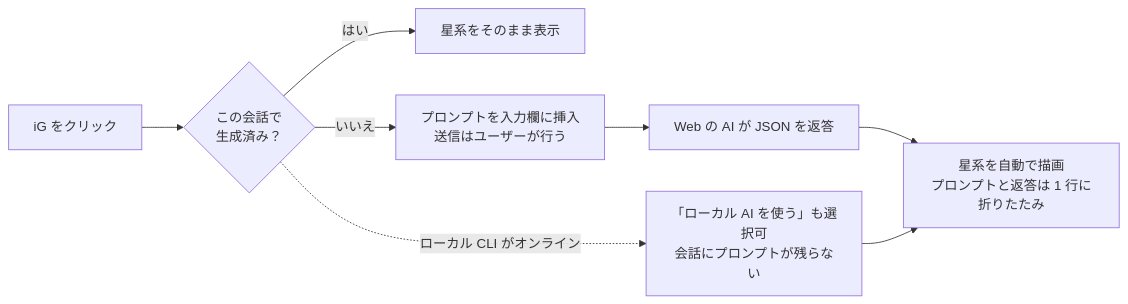
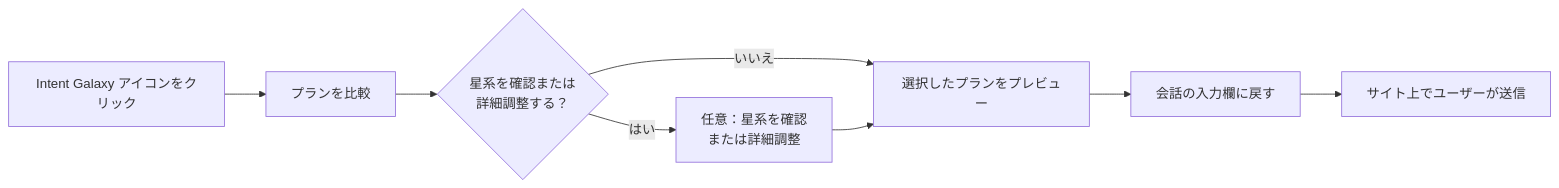
The fourth of 4 diagrams in README.ja.md (stephen-taipei/intent-galaxy), drawn with Mermaid before and after one commit. The commit also changed other lines of this file and 157 other files, not shown here.

````diff
--- a/README.ja.md
+++ b/README.ja.md
@@ -235,10 +237,10 @@
 ```mermaid
 flowchart LR
-    A["iG をクリック"] --> B{"この会話で<br/>生成済み？"}
-    B -- はい --> C["星系をそのまま表示"]
-    B -- いいえ --> D["プロンプトを入力欄に挿入<br/>送信はユーザーが行う"]
-    D --> E["Web の AI が JSON を返答"]
-    E --> F["星系を自動で描画<br/>プロンプトと返答は 1 行に折りたたみ"]
-    B -. ローカル CLI がオンライン .-> G["「ローカル AI を使う」も選択可<br/>会話にプロンプトが残らない"]
-    G --> F
+    A["Intent Galaxy アイコンをクリック"] --> B["プランを比較"]
+    B --> C{"星系を確認または<br/>詳細調整する？"}
+    C -- はい --> D["任意：星系を確認<br/>または詳細調整"]
+    C -- いいえ --> E["選択したプランをプレビュー"]
+    D --> E
+    E --> F["会話の入力欄に戻す"]
+    F --> G["サイト上でユーザーが送信"]
 ```
````
